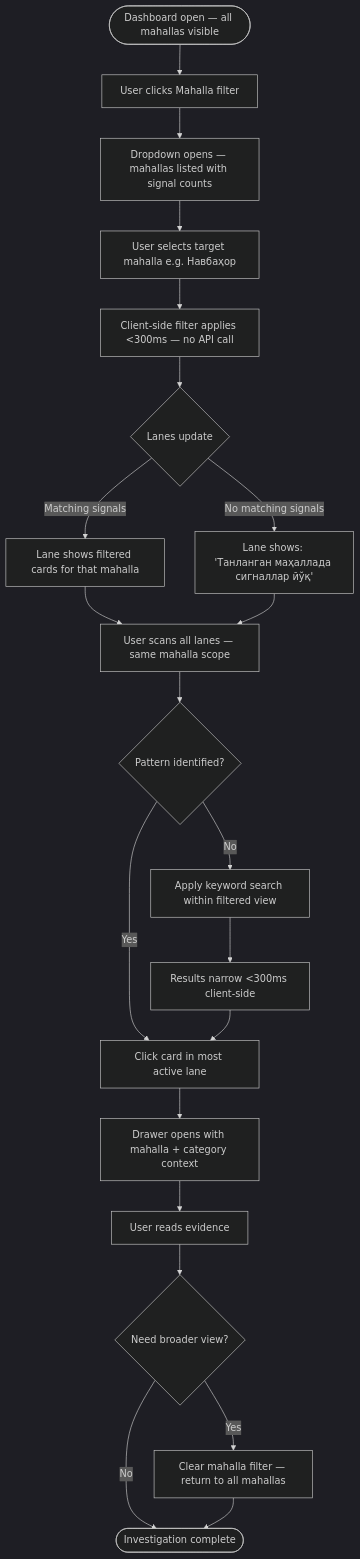
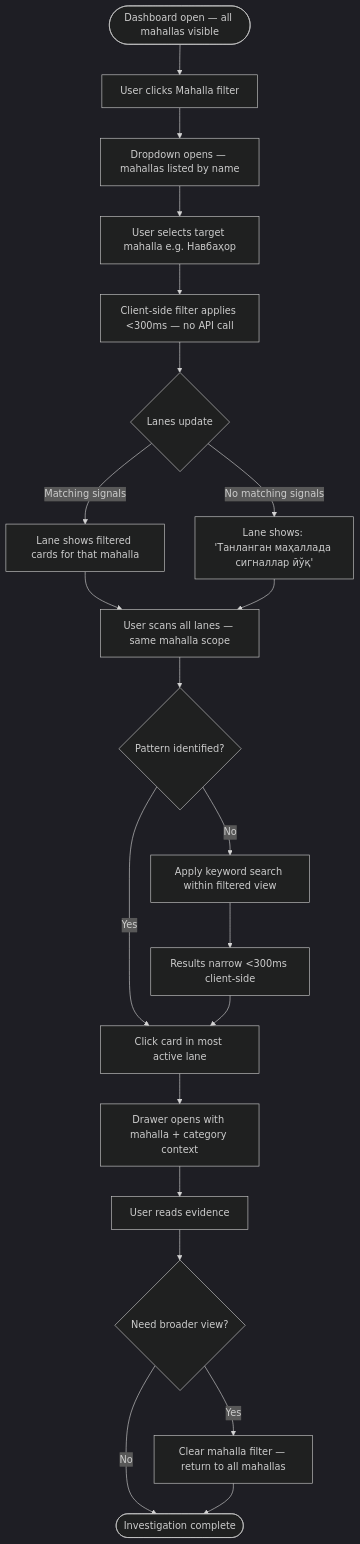
Before and after one commit to ZubaydullaCoder/InsightAI: the second of 3 diagrams in _bmad-output/planning-artifacts/ux-design-specification/user-journey-flows.md, drawn with Mermaid (dark theme). The commit also changed other lines of this file, not shown here.

````diff
--- a/_bmad-output/planning-artifacts/ux-design-specification/user-journey-flows.md
+++ b/_bmad-output/planning-artifacts/ux-design-specification/user-journey-flows.md
@@ -50,23 +50,23 @@
 ```mermaid
 flowchart TD
     A([Dashboard open — all mahallas visible]) --> B[User clicks Mahalla filter]
-    B --> C[Dropdown opens — mahallas listed with signal counts]
+    B --> C[Dropdown opens — mahallas listed by name]
     C --> D[User selects target mahalla e.g. Навбаҳор]
     D --> E[Client-side filter applies <300ms — no API call]
     E --> F{Lanes update}
     F -->|Matching signals| G[Lane shows filtered cards for that mahalla]
     F -->|No matching signals| H[Lane shows: 'Танланган маҳаллада сигналлар йўқ']
     G --> I[User scans all lanes — same mahalla scope]
     H --> I
     I --> J{Pattern identified?}
     J -->|Yes| K[Click card in most active lane]
     J -->|No| L[Apply keyword search within filtered view]
     L --> M[Results narrow <300ms client-side]
     M --> K
     K --> N[Drawer opens with mahalla + category context]
     N --> O[User reads evidence]
     O --> P{Need broader view?}
     P -->|Yes| Q[Clear mahalla filter — return to all mahallas]
     P -->|No| R([Investigation complete])
     Q --> R
 ```
````
